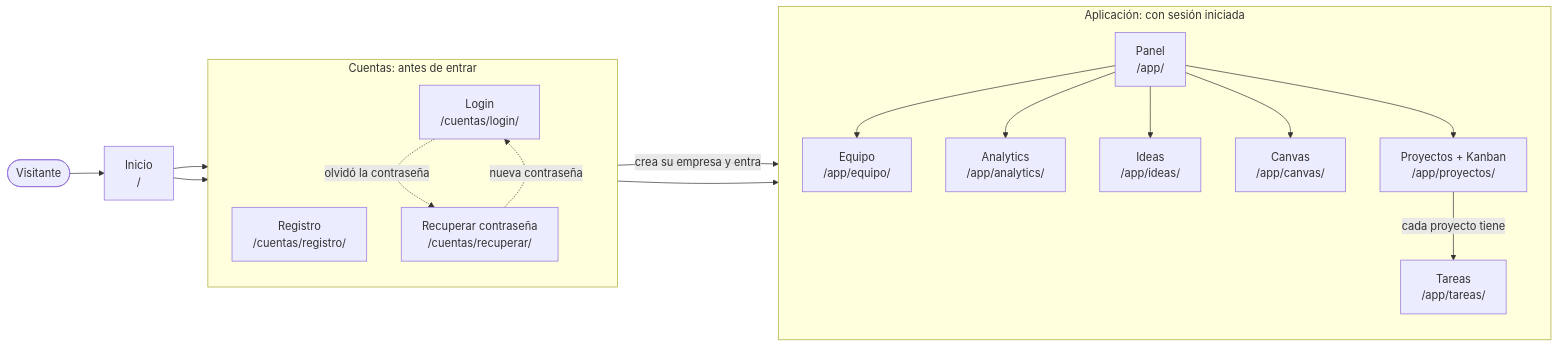
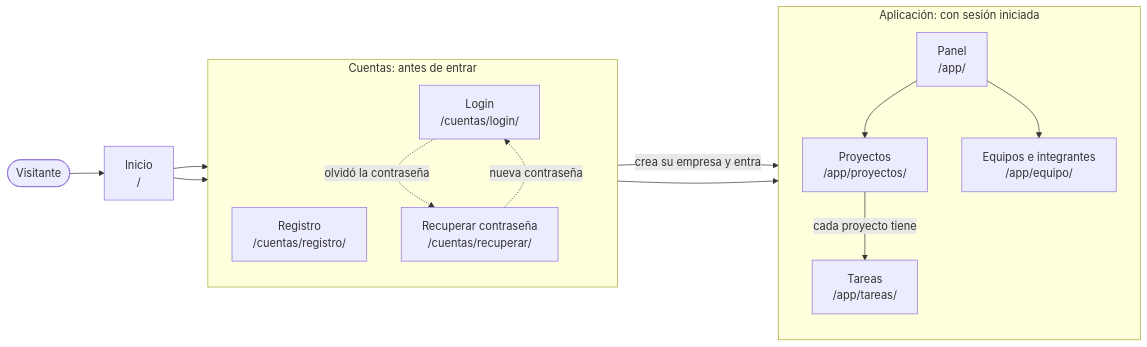
The diagram in README.md (kevincomunicate-tech/XINCRONIX), drawn with Mermaid before and after one commit. The commit also changed other lines of this file and 24 other files, not shown here.

````diff
--- a/README.md
+++ b/README.md
@@ -40,29 +45,26 @@
 ```mermaid
 flowchart LR
     V([Visitante]) --> I[Inicio<br>/]
 
     subgraph C1 [Cuentas: antes de entrar]
         direction TB
         R[Registro<br>/cuentas/registro/]
         L[Login<br>/cuentas/login/]
         RC[Recuperar contraseña<br>/cuentas/recuperar/]
         L -. olvidó la contraseña .-> RC
         RC -. nueva contraseña .-> L
     end
 
     I --> R
     I --> L
     R -->|crea su empresa y entra| P
     L --> P
 
     subgraph APP [Aplicación: con sesión iniciada]
         direction TB
         P[Panel<br>/app/]
-        P --> E[Equipo<br>/app/equipo/]
-        P --> A[Analytics<br>/app/analytics/]
-        P --> ID[Ideas<br>/app/ideas/]
-        P --> CV[Canvas<br>/app/canvas/]
-        P --> PR[Proyectos + Kanban<br>/app/proyectos/]
+        P --> PR[Proyectos<br>/app/proyectos/]
         PR -->|cada proyecto tiene| T[Tareas<br>/app/tareas/]
+        P --> E[Equipos e integrantes<br>/app/equipo/]
     end
 ```
````
